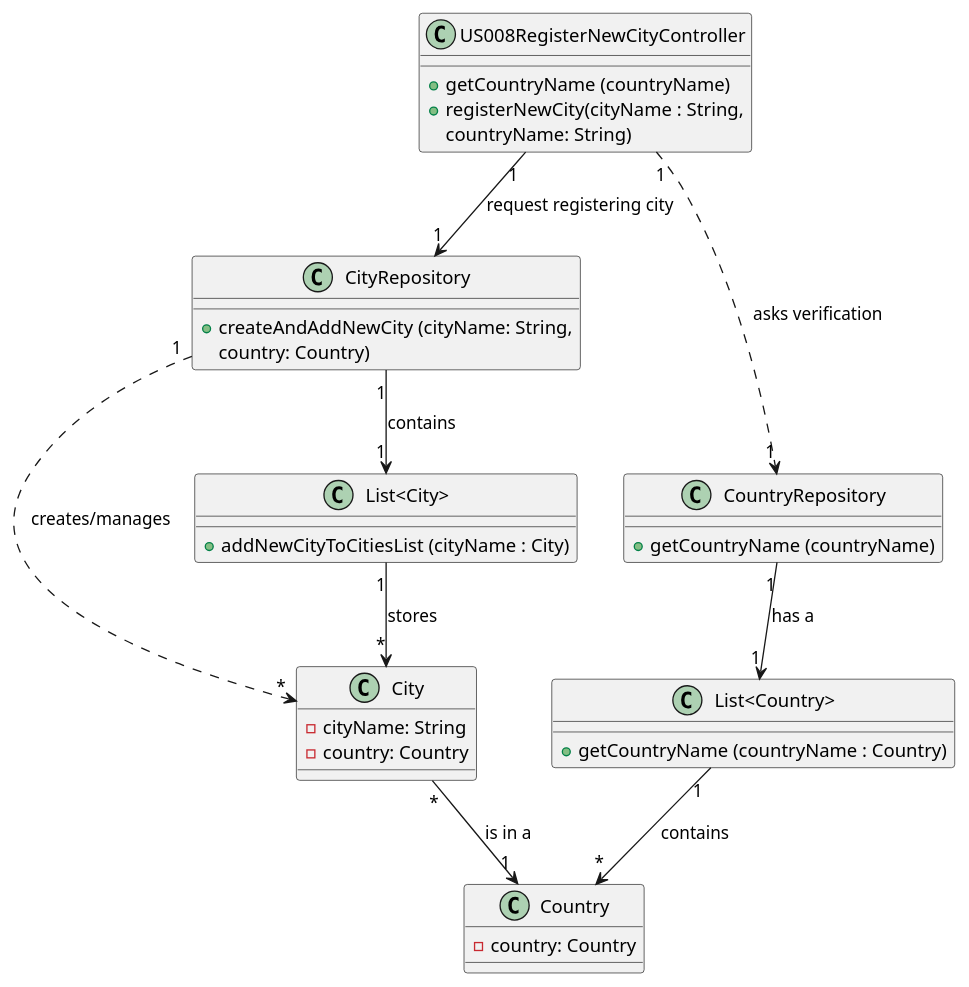
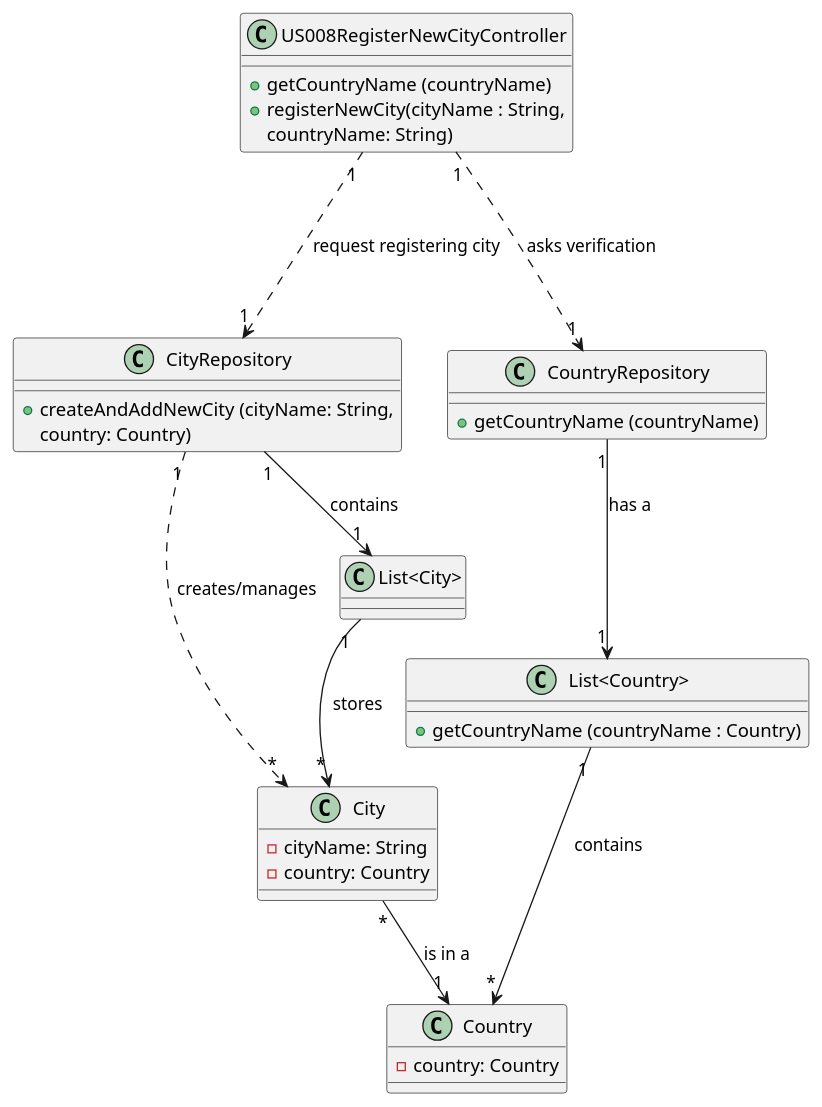
The diagram in Diagrams/ClassDiagrams/US008-to-register-new-city-in-the-system.puml (AndrePereiraGitH/SWitCH-Project-Team_A), drawn with PlantUML before and after one commit. The commit also changed 7 other files, not shown here.

```diff
--- a/Diagrams/ClassDiagrams/US008-to-register-new-city-in-the-system.puml
+++ b/Diagrams/ClassDiagrams/US008-to-register-new-city-in-the-system.puml
@@ -1,50 +1,49 @@
 @startuml
 
 /' class User {
   -username: String
   -contact: Contact
   -profile: Profile
   +User(username: String, contact: Contact, profile: Profile)
 }
 '/
 
 class City {
 -cityName: String
 -country: Country
 }
 
 class "List<Country>" {
     +getCountryName (countryName : Country)
 }
 
 class Country {
 -country: Country
 }
 
 class CityRepository {
     +createAndAddNewCity (cityName: String,
     country: Country)
     }
 
 class US008RegisterNewCityController{
     +getCountryName (countryName)
   + registerNewCity(cityName : String,
   countryName: String)
 }
 class CountryRepository{
     +getCountryName (countryName)
 }
 class "List<City>"{
-    +addNewCityToCitiesList (cityName : City)
 }
 
 ' Interactions
-US008RegisterNewCityController "1" --> "1" CityRepository : request registering city
+US008RegisterNewCityController "1" .--> "1" CityRepository : request registering city
 US008RegisterNewCityController "1" .--> "1" CountryRepository : asks verification
 CityRepository "1" --> "1" "List<City>" : contains
 "List<City>" "1" --> "*" City : stores
 CityRepository "1" .--> "*" City : creates/manages
 "List<Country>" "1" --> "*" Country : contains
 CountryRepository "1" --> "1" "List<Country>" : has a
 City "*" --> "1" Country : is in a
 @enduml
```
